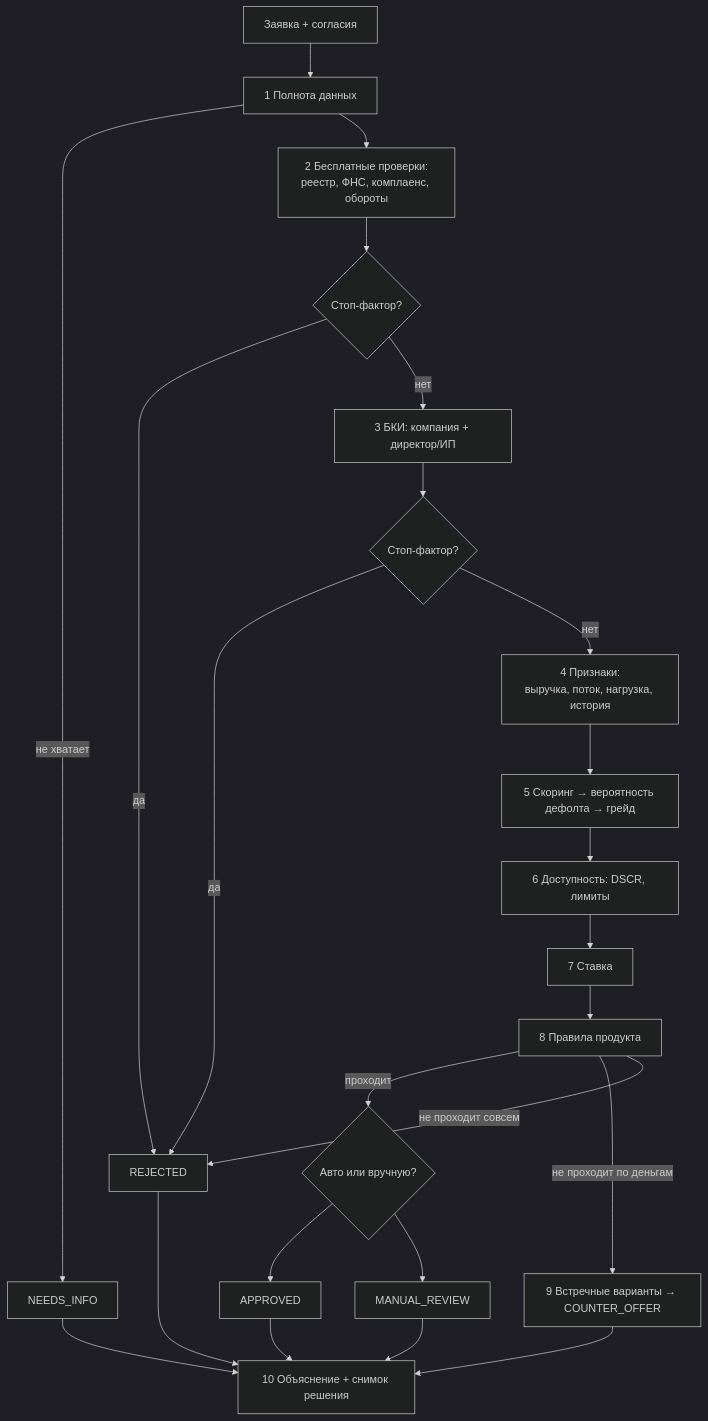
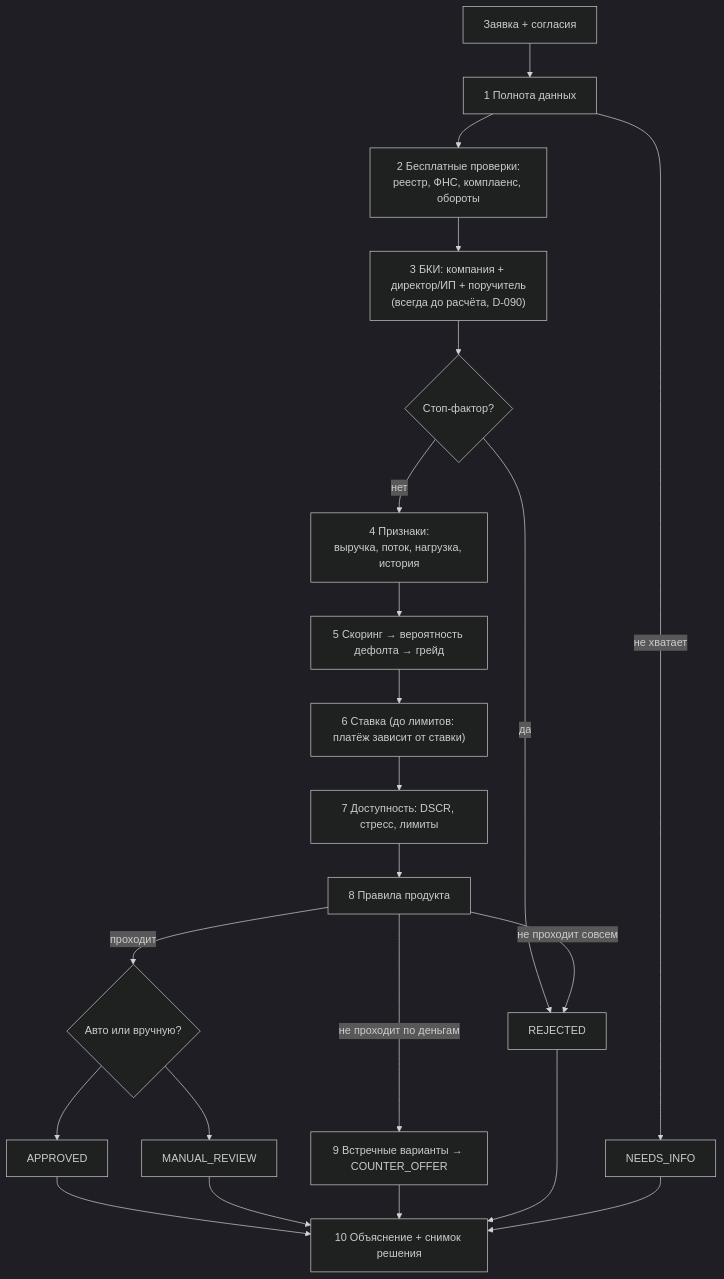
Before and after one commit to kirillmitlow/smart-credit-cabinet: the diagram in docs/plan/30-decisioning/00-problem-map.md, drawn with Mermaid (dark theme). The commit also changed other lines of this file and 143 other files, not shown here.

````diff
--- a/docs/plan/30-decisioning/00-problem-map.md
+++ b/docs/plan/30-decisioning/00-problem-map.md
@@ -14,22 +14,20 @@
 ```mermaid
 flowchart TB
     A["Заявка + согласия"] --> B["1 Полнота данных"]
     B -->|не хватает| NI["NEEDS_INFO"]
     B --> C["2 Бесплатные проверки:<br/>реестр, ФНС, комплаенс, обороты"]
-    C --> D{"Стоп-фактор?"}
-    D -->|да| RJ["REJECTED"]
-    D -->|нет| E["3 БКИ: компания + директор/ИП"]
+    C --> E["3 БКИ: компания + директор/ИП + поручитель<br/>(всегда до расчёта, D-090)"]
     E --> F{"Стоп-фактор?"}
-    F -->|да| RJ
+    F -->|да| RJ["REJECTED"]
     F -->|нет| G["4 Признаки:<br/>выручка, поток, нагрузка, история"]
     G --> H["5 Скоринг → вероятность дефолта → грейд"]
-    H --> I["6 Доступность: DSCR, лимиты"]
-    I --> J["7 Ставка"]
-    J --> K["8 Правила продукта"]
+    H --> J["6 Ставка (до лимитов: платёж зависит от ставки)"]
+    J --> I["7 Доступность: DSCR, стресс, лимиты"]
+    I --> K["8 Правила продукта"]
     K -->|проходит| L{"Авто или вручную?"}
     L --> AP["APPROVED"]
     L --> MR["MANUAL_REVIEW"]
     K -->|не проходит по деньгам| CO["9 Встречные варианты → COUNTER_OFFER"]
     K -->|не проходит совсем| RJ
     AP & MR & CO & RJ & NI --> X["10 Объяснение + снимок решения"]
 ```
````
